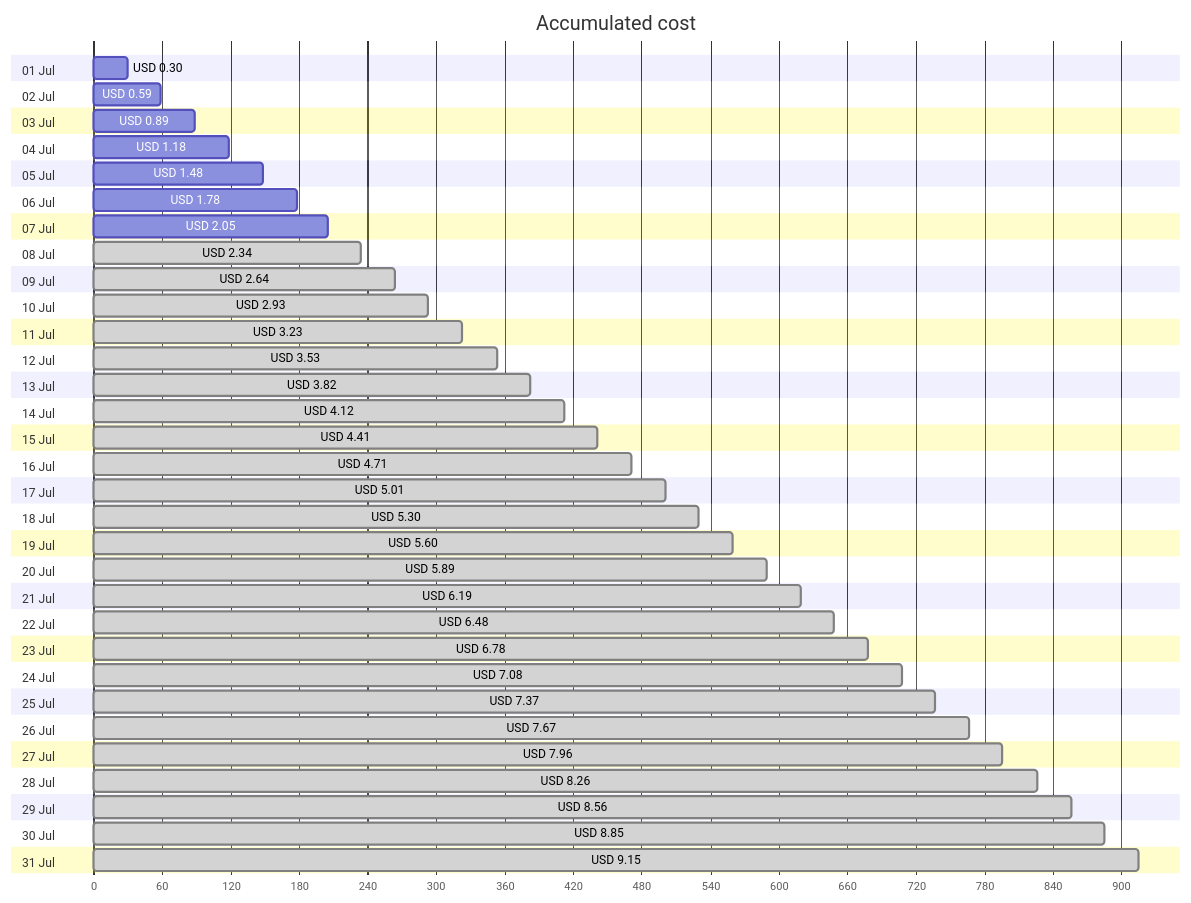
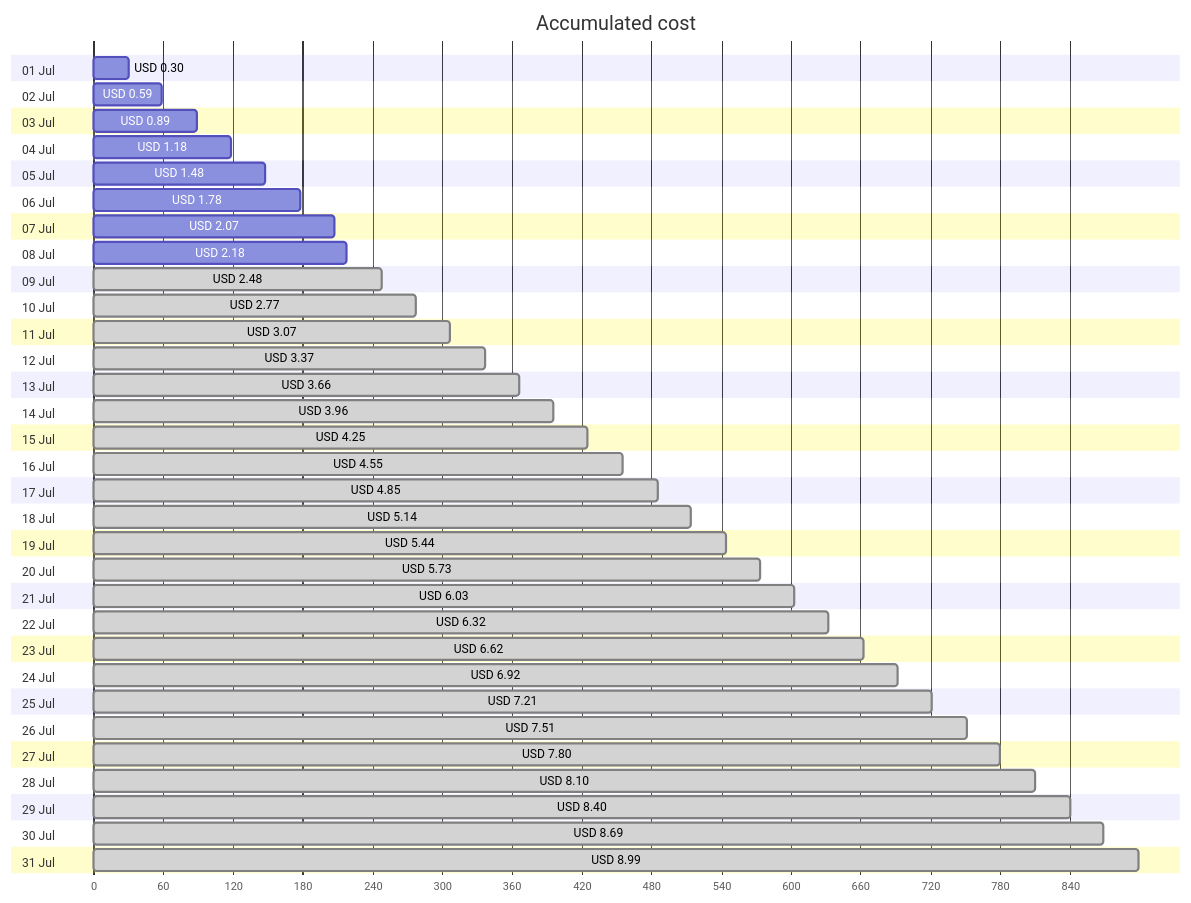
One commit to jpfulton/azure-personal-reports changed the first of 4 diagrams in cost-reports/personal-site/personal-site.md. Above: the diagram before and after it, drawn with Mermaid. The commit also changed other lines of this file and 6 other files, not shown here.

````diff
--- a/cost-reports/personal-site/personal-site.md
+++ b/cost-reports/personal-site/personal-site.md
@@ -20,68 +20,68 @@
 ```mermaid
 gantt
    title Accumulated cost
    dateFormat  X
    axisFormat %s
    section 01 Jul
    USD 0.30 :0, 30
    section 02 Jul
    USD 0.59 :0, 59
    section 03 Jul
    USD 0.89 :0, 89
    section 04 Jul
    USD 1.18 :0, 118
    section 05 Jul
    USD 1.48 :0, 148
    section 06 Jul
    USD 1.78 :0, 178
    section 07 Jul
-   USD 2.05 :0, 205
+   USD 2.07 :0, 207
    section 08 Jul
-   USD 2.34 : done, 0, 234
+   USD 2.18 :0, 218
    section 09 Jul
-   USD 2.64 : done, 0, 264
+   USD 2.48 : done, 0, 248
    section 10 Jul
-   USD 2.93 : done, 0, 293
+   USD 2.77 : done, 0, 277
    section 11 Jul
-   USD 3.23 : done, 0, 323
+   USD 3.07 : done, 0, 307
    section 12 Jul
-   USD 3.53 : done, 0, 353
+   USD 3.37 : done, 0, 337
    section 13 Jul
-   USD 3.82 : done, 0, 382
+   USD 3.66 : done, 0, 366
    section 14 Jul
-   USD 4.12 : done, 0, 412
+   USD 3.96 : done, 0, 396
    section 15 Jul
-   USD 4.41 : done, 0, 441
+   USD 4.25 : done, 0, 425
    section 16 Jul
-   USD 4.71 : done, 0, 471
+   USD 4.55 : done, 0, 455
    section 17 Jul
-   USD 5.01 : done, 0, 501
+   USD 4.85 : done, 0, 485
    section 18 Jul
-   USD 5.30 : done, 0, 530
+   USD 5.14 : done, 0, 514
    section 19 Jul
-   USD 5.60 : done, 0, 560
+   USD 5.44 : done, 0, 544
    section 20 Jul
-   USD 5.89 : done, 0, 589
+   USD 5.73 : done, 0, 573
    section 21 Jul
-   USD 6.19 : done, 0, 619
+   USD 6.03 : done, 0, 603
    section 22 Jul
-   USD 6.48 : done, 0, 648
+   USD 6.32 : done, 0, 632
    section 23 Jul
-   USD 6.78 : done, 0, 678
+   USD 6.62 : done, 0, 662
    section 24 Jul
-   USD 7.08 : done, 0, 708
+   USD 6.92 : done, 0, 692
    section 25 Jul
-   USD 7.37 : done, 0, 737
+   USD 7.21 : done, 0, 721
    section 26 Jul
-   USD 7.67 : done, 0, 767
+   USD 7.51 : done, 0, 751
    section 27 Jul
-   USD 7.96 : done, 0, 796
+   USD 7.80 : done, 0, 780
    section 28 Jul
-   USD 8.26 : done, 0, 826
+   USD 8.10 : done, 0, 810
    section 29 Jul
-   USD 8.56 : done, 0, 856
+   USD 8.40 : done, 0, 840
    section 30 Jul
-   USD 8.85 : done, 0, 885
+   USD 8.69 : done, 0, 869
    section 31 Jul
-   USD 9.15 : done, 0, 915
+   USD 8.99 : done, 0, 899
 ```
````
